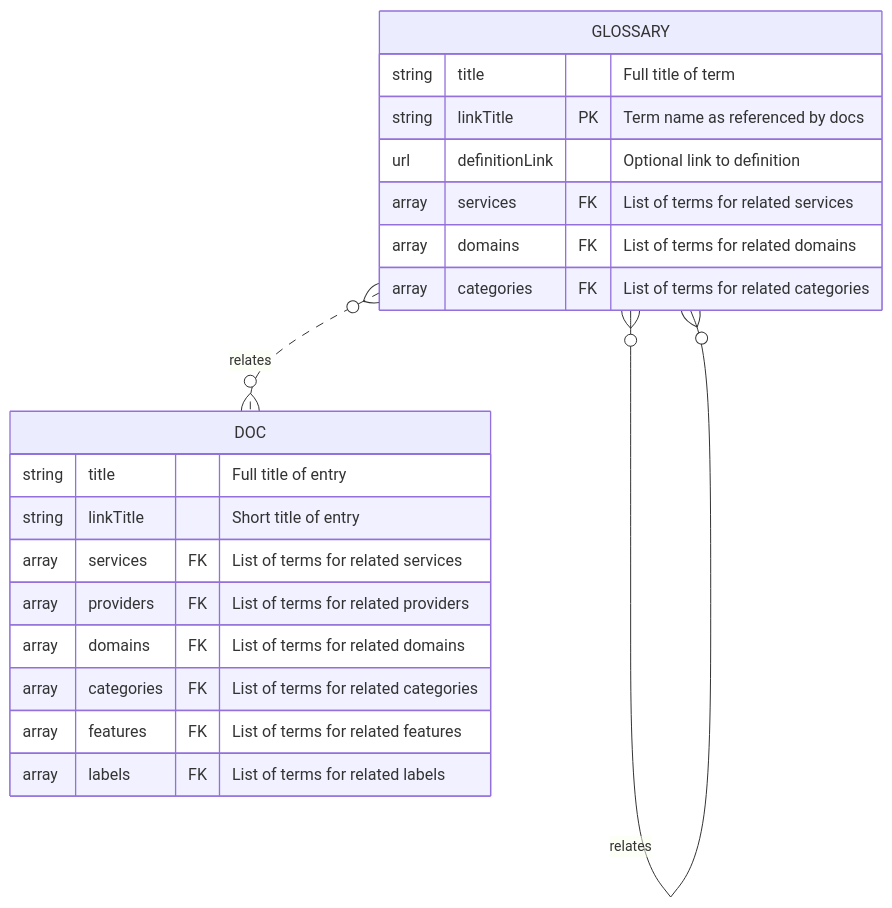
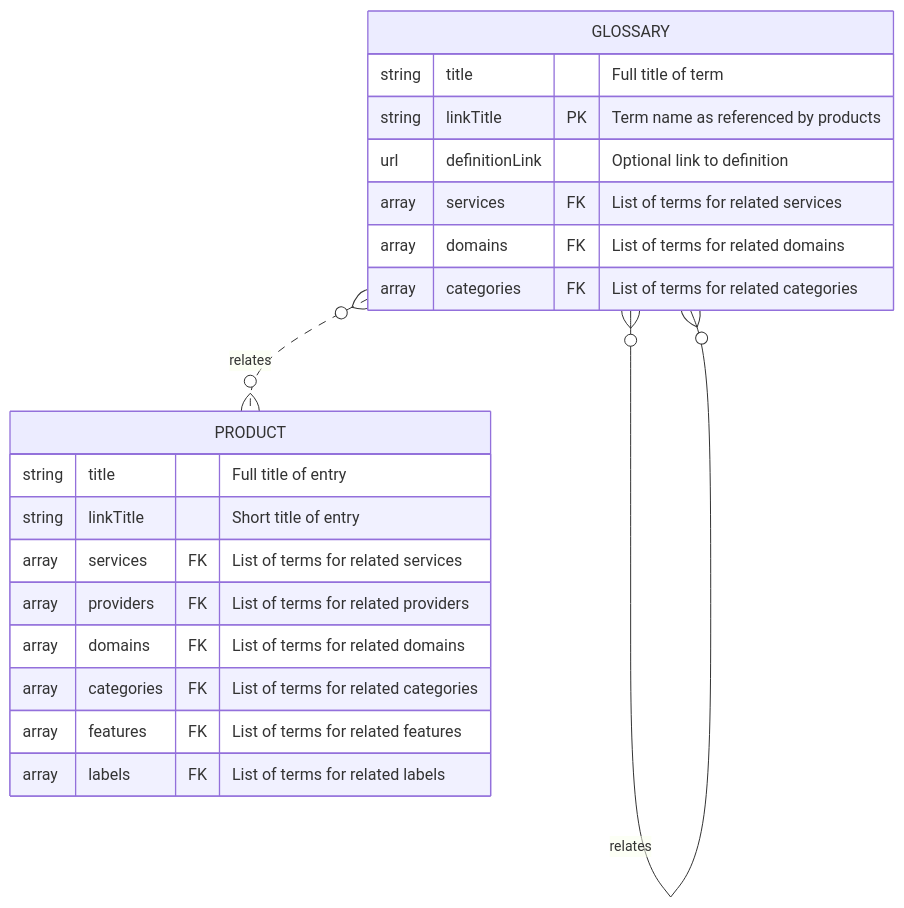
The fourth of 4 diagrams in en/pages/data-model.md (lexical-cloud/lexical-cloud-docs), drawn with Mermaid before and after one commit. The commit also changed other lines of this file and 289 other files, not shown here.

````diff
--- a/en/pages/data-model.md
+++ b/en/pages/data-model.md
@@ -192,23 +192,23 @@
 ```mermaid
 erDiagram
     GLOSSARY }o--o{ GLOSSARY : relates
     GLOSSARY {
         string title "Full title of term"
-        string linkTitle PK "Term name as referenced by docs"
+        string linkTitle PK "Term name as referenced by products"
         url definitionLink "Optional link to definition"
         array services FK "List of terms for related services"
         array domains FK "List of terms for related domains"
         array categories FK "List of terms for related categories"
     }
-    GLOSSARY }o..o{ DOC : relates
-    DOC {
+    GLOSSARY }o..o{ PRODUCT : relates
+    PRODUCT {
         string title "Full title of entry"
         string linkTitle "Short title of entry"
         array services FK "List of terms for related services"
         array providers FK "List of terms for related providers"
         array domains FK "List of terms for related domains"
         array categories FK "List of terms for related categories"
         array features FK "List of terms for related features"
         array labels FK "List of terms for related labels"
     }
 ```
````
